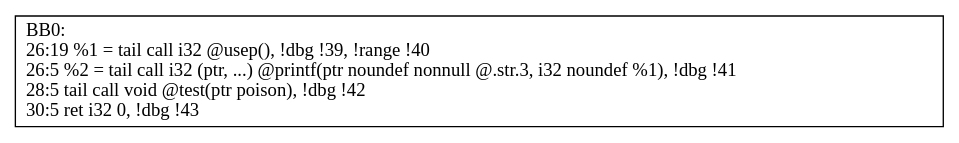
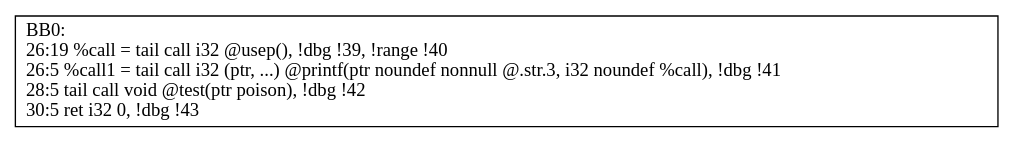
Before and after one commit to M-ouse/FinalDesign: the diagram in output/demo1.ll_main_CFG.dot, drawn with Graphviz. The commit also changed 12 other files, not shown here.

```diff
--- a/output/demo1.ll_main_CFG.dot
+++ b/output/demo1.ll_main_CFG.dot
@@ -1,3 +1,3 @@
 digraph "CFG for'main' function" {
-	BB0 [shape=record, label="{BB0:\l26:19   %1 = tail call i32 @usep(), !dbg !39, !range !40\l 26:5   %2 = tail call i32 (ptr, ...) @printf(ptr noundef nonnull @.str.3, i32 noundef %1), !dbg !41\l 28:5   tail call void @test(ptr poison), !dbg !42\l 30:5   ret i32 0, !dbg !43\l }"];
+	BB0 [shape=record, label="{BB0:\l26:19   %call = tail call i32 @usep(), !dbg !39, !range !40\l 26:5   %call1 = tail call i32 (ptr, ...) @printf(ptr noundef nonnull @.str.3, i32 noundef %call), !dbg !41\l 28:5   tail call void @test(ptr poison), !dbg !42\l 30:5   ret i32 0, !dbg !43\l }"];
 }
```
